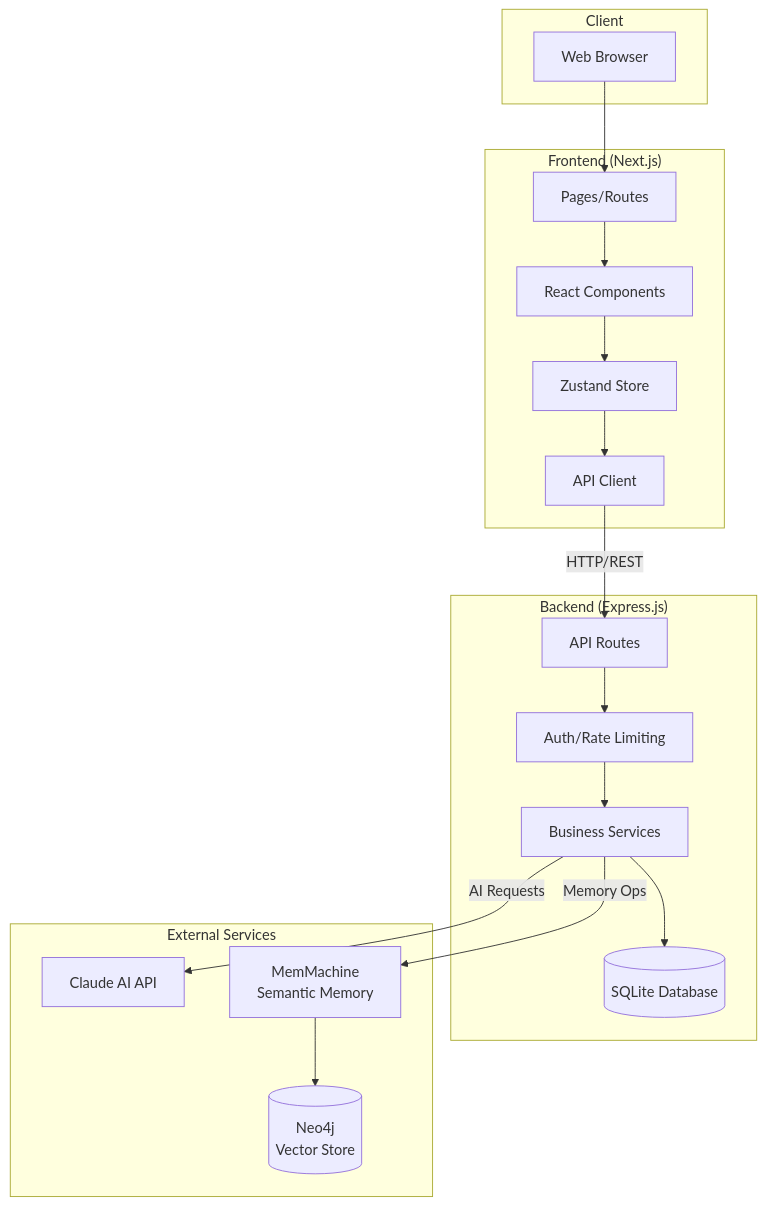
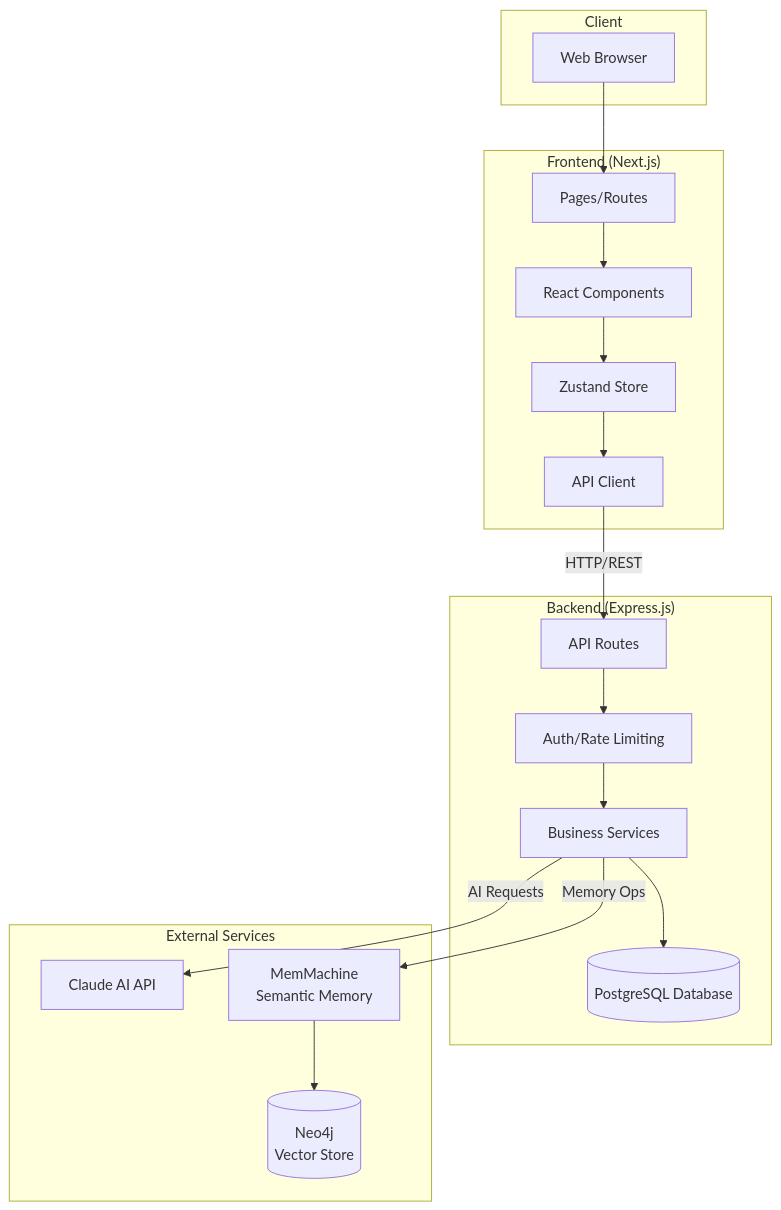
Before and after one commit to JLawMcGraw/alchemix: the first of 12 diagrams in Documentation/ARCHITECTURE.md, drawn with Mermaid. The commit also changed other lines of this file and 48 other files, not shown here.

````diff
--- a/Documentation/ARCHITECTURE.md
+++ b/Documentation/ARCHITECTURE.md
@@ -31,38 +31,38 @@
 ```mermaid
 graph TB
     subgraph Client
         Browser[Web Browser]
     end
 
     subgraph Frontend["Frontend (Next.js)"]
         Pages[Pages/Routes]
         Components[React Components]
         Store[Zustand Store]
         API_Client[API Client]
     end
 
     subgraph Backend["Backend (Express.js)"]
         Routes[API Routes]
         Services[Business Services]
         Middleware[Auth/Rate Limiting]
-        DB[(SQLite Database)]
+        DB[(PostgreSQL Database)]
     end
 
     subgraph External["External Services"]
         Claude[Claude AI API]
         MemMachine[MemMachine<br/>Semantic Memory]
         Neo4j[(Neo4j<br/>Vector Store)]
     end
 
     Browser --> Pages
     Pages --> Components
     Components --> Store
     Store --> API_Client
     API_Client -->|HTTP/REST| Routes
     Routes --> Middleware
     Middleware --> Services
     Services --> DB
     Services -->|AI Requests| Claude
     Services -->|Memory Ops| MemMachine
     MemMachine --> Neo4j
 ```
````
